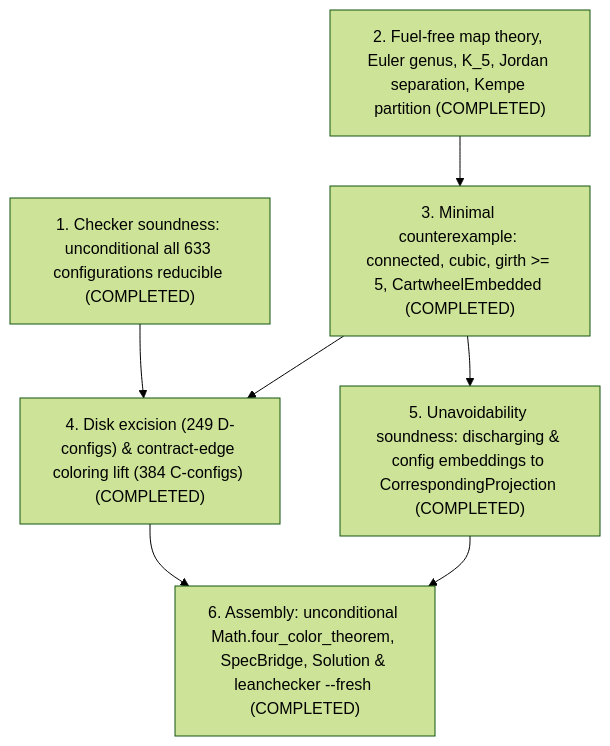
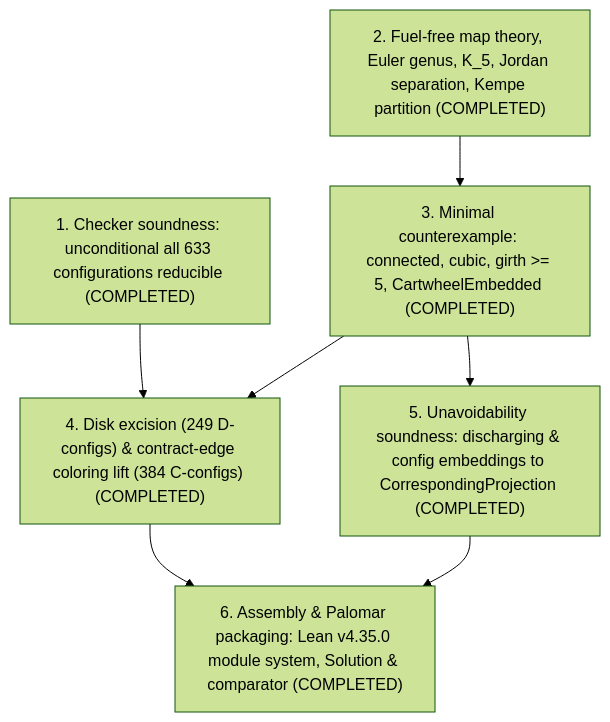
One commit to Harry-Tech-Guide/Lean-4-Four-Color-Theorem-Formalization changed the diagram in README.md. Above: the diagram before and after it, drawn with Mermaid (forest theme). The commit also changed other lines of this file and 397 other files, not shown here.

First line of the commit message:
feat: package formalization for Palomar on Lean v4.35.0

````diff
--- a/README.md
+++ b/README.md
@@ -57,15 +55,15 @@
 ```mermaid
 flowchart TD
     P1["1. Checker soundness: unconditional all 633 configurations reducible (COMPLETED)"]
     P2["2. Fuel-free map theory, Euler genus, K_5, Jordan separation, Kempe partition (COMPLETED)"]
     P3["3. Minimal counterexample: connected, cubic, girth >= 5, CartwheelEmbedded (COMPLETED)"]
     P4["4. Disk excision (249 D-configs) & contract-edge coloring lift (384 C-configs) (COMPLETED)"]
     P5["5. Unavoidability soundness: discharging & config embeddings to CorrespondingProjection (COMPLETED)"]
-    P6["6. Assembly: unconditional Math.four_color_theorem, SpecBridge, Solution & leanchecker --fresh (COMPLETED)"]
+    P6["6. Assembly & Palomar packaging: Lean v4.35.0 module system, Solution & comparator (COMPLETED)"]
     P2 --> P3
     P1 --> P4
     P3 --> P4
     P3 --> P5
     P4 --> P6
     P5 --> P6
 ```
````
